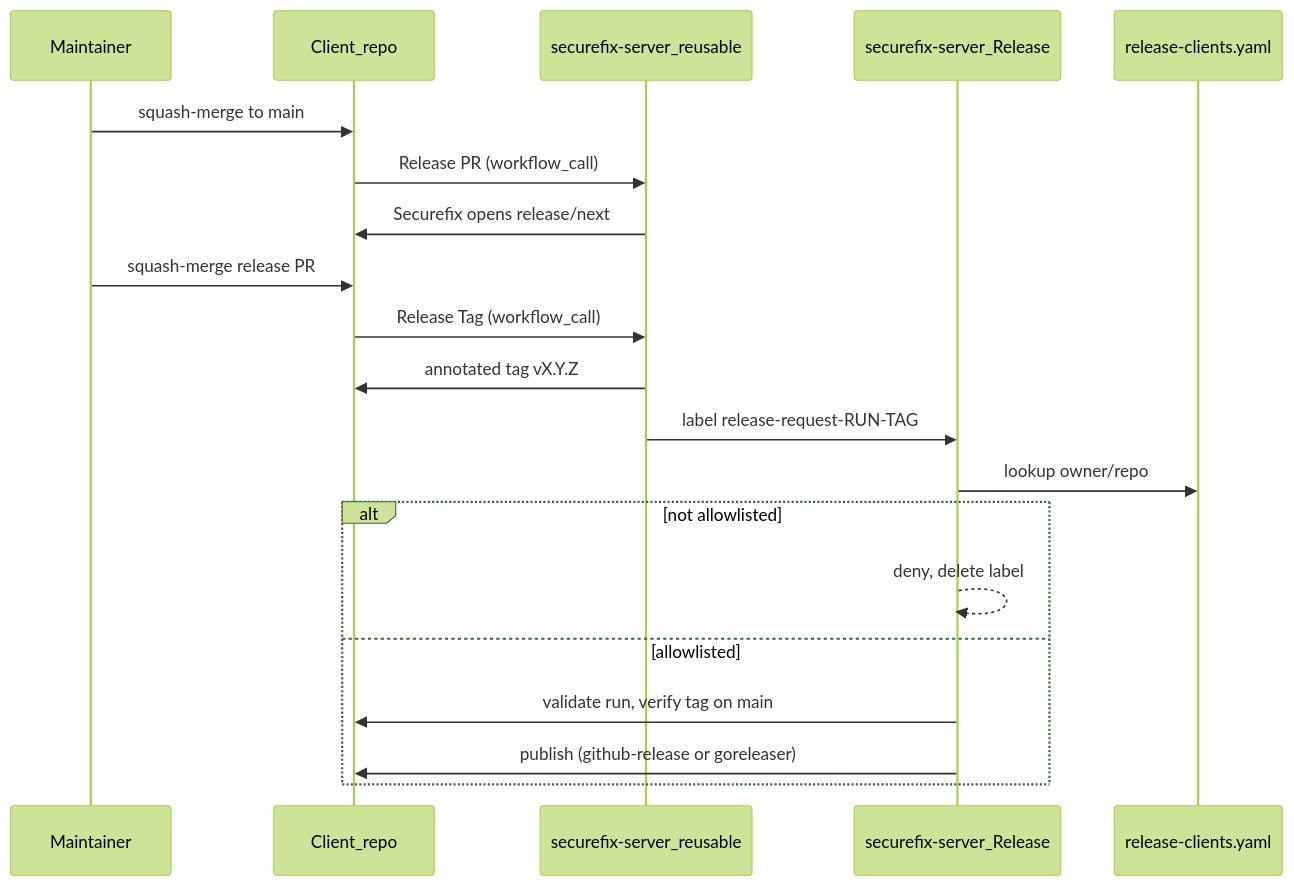
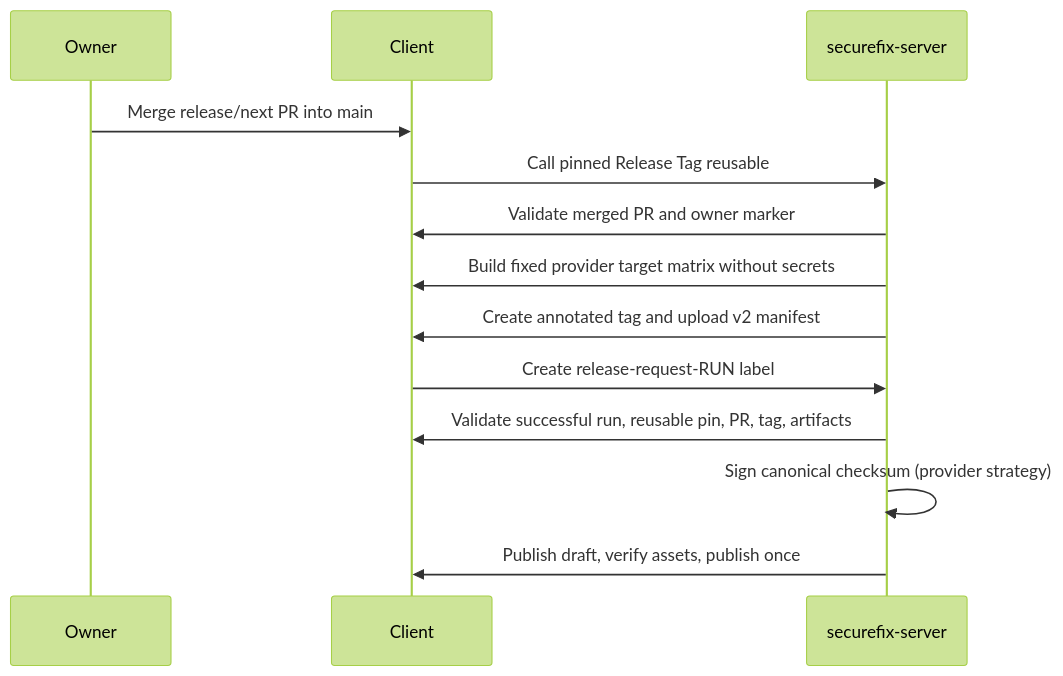
Before and after one commit to civitaspo/securefix-server: the diagram in docs/client-releases.md, drawn with Mermaid (forest theme). The commit also changed other lines of this file and 63 other files, not shown here.

````diff
--- a/docs/client-releases.md
+++ b/docs/client-releases.md
@@ -9,23 +7,15 @@
 ```mermaid
 sequenceDiagram
-  participant Dev as Maintainer
-  participant Client as Client_repo
-  participant Reusable as securefix-server_reusable
-  participant Server as securefix-server_Release
-  participant Allowlist as release-clients.yaml
-
-  Dev->>Client: squash-merge to main
-  Client->>Reusable: Release PR (workflow_call)
-  Reusable->>Client: Securefix opens release/next
-  Dev->>Client: squash-merge release PR
-  Client->>Reusable: Release Tag (workflow_call)
-  Reusable->>Client: annotated tag vX.Y.Z
-  Reusable->>Server: label release-request-RUN-TAG
-  Server->>Allowlist: lookup owner/repo
-  alt not allowlisted
-    Server-->>Server: deny, delete label
-  else allowlisted
-    Server->>Client: validate run, verify tag on main
-    Server->>Client: publish (github-release or goreleaser)
-  end
+  participant Owner
+  participant Client
+  participant Server as securefix-server
+  Owner->>Client: Merge release/next PR into main
+  Client->>Server: Call pinned Release Tag reusable
+  Server->>Client: Validate merged PR and owner marker
+  Server->>Client: Build fixed provider target matrix without secrets
+  Server->>Client: Create annotated tag and upload v2 manifest
+  Client->>Server: Create release-request-RUN label
+  Server->>Client: Validate successful run, reusable pin, PR, tag, artifacts
+  Server->>Server: Sign canonical checksum (provider strategy)
+  Server->>Client: Publish draft, verify assets, publish once
 ```
````
